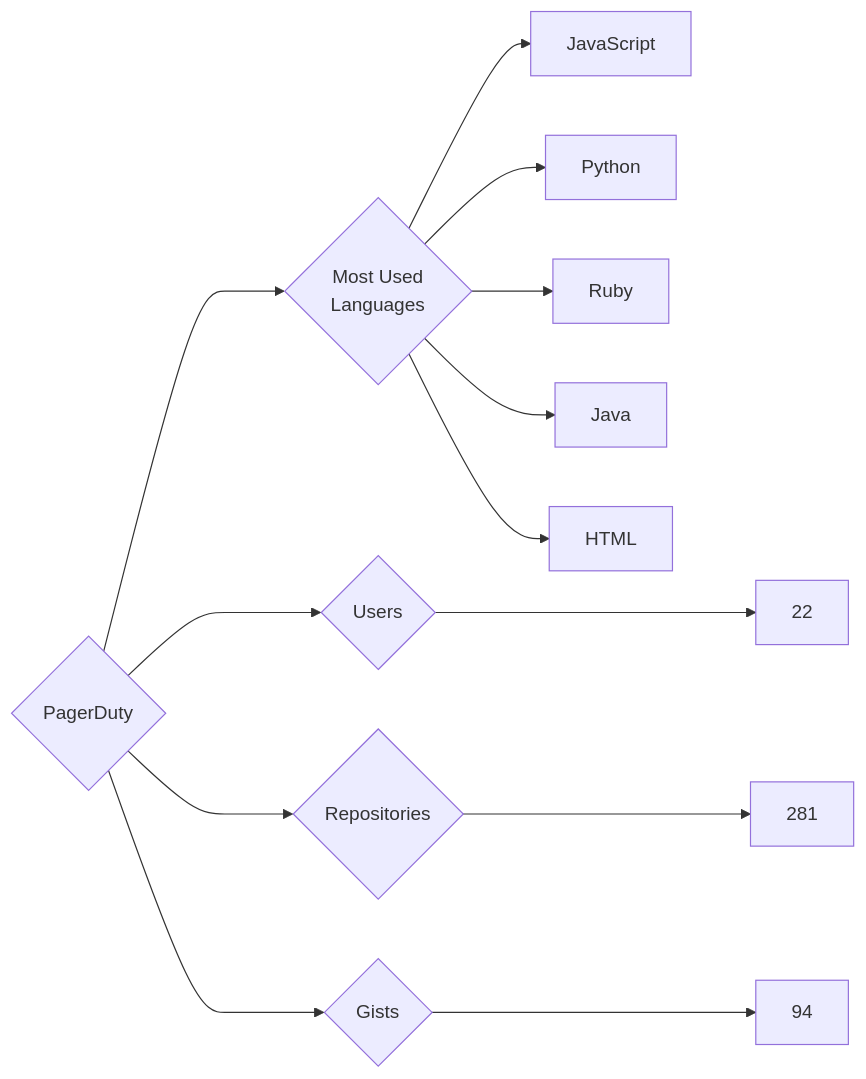
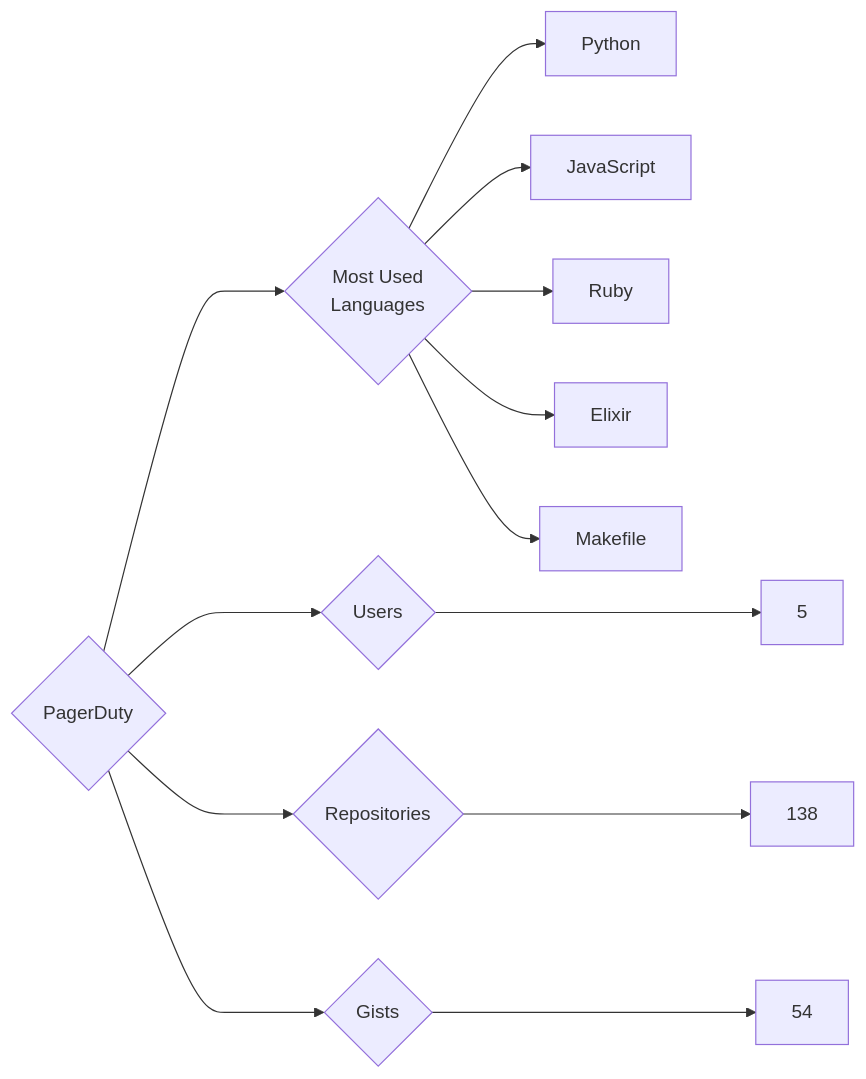
One commit to trickest/insiders changed the diagram in targets/PagerDuty/README.md. Above: the diagram before and after it, drawn with Mermaid. The commit also changed 870 other files, not shown here.

````diff
--- a/targets/PagerDuty/README.md
+++ b/targets/PagerDuty/README.md
@@ -3,13 +3,13 @@
 ```mermaid
 graph LR
 COMPANY_NAME{PagerDuty}
-COMPANY_NAME ---> U{Users} ---> UN[22]
-COMPANY_NAME ---> R{Repositories} ---> RN[281]
-COMPANY_NAME ---> G{Gists} ---> GN[94]
+COMPANY_NAME ---> U{Users} ---> UN[5]
+COMPANY_NAME ---> R{Repositories} ---> RN[138]
+COMPANY_NAME ---> G{Gists} ---> GN[54]
 COMPANY_NAME ---> ML{Most Used<br>Languages}
+ML --> Python[Python]
 ML --> JavaScript[JavaScript]
-ML --> Python[Python]
 ML --> Ruby[Ruby]
-ML --> Java[Java]
-ML --> HTML[HTML]
+ML --> Elixir[Elixir]
+ML --> Makefile[Makefile]
 ```
````
